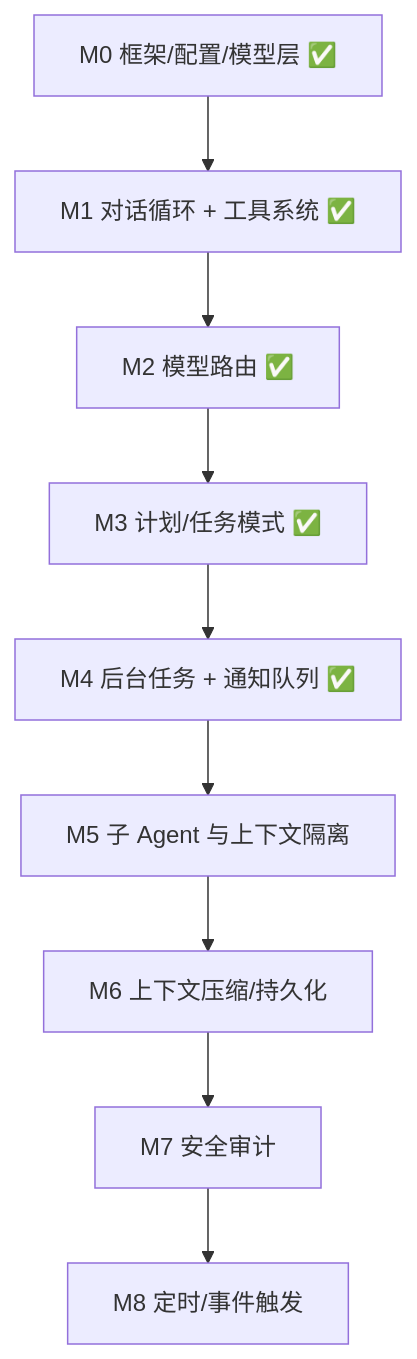
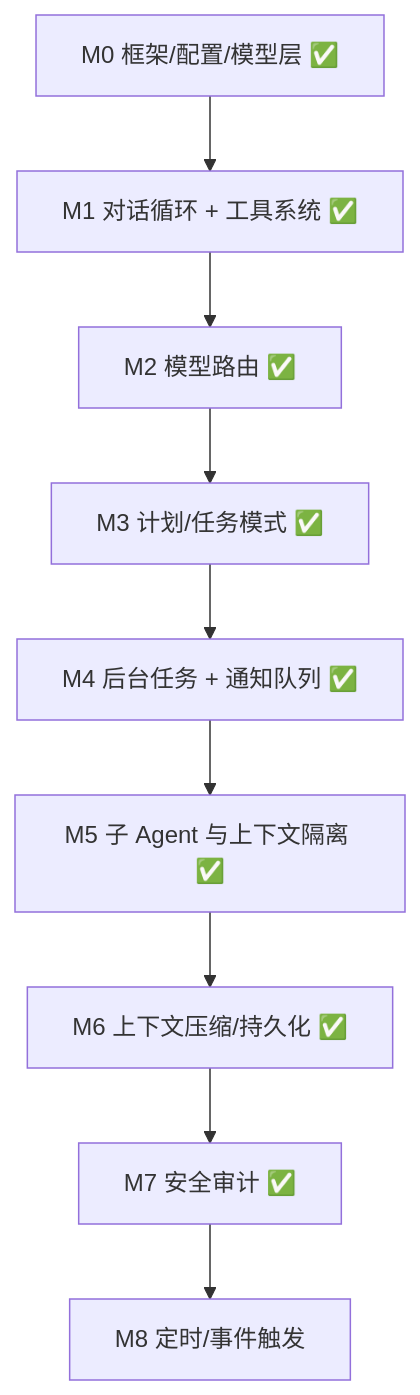
Before and after one commit to Atikou/AgentRelay: the fourth of 4 diagrams in docs/项目整体架构.md, drawn with Mermaid. The commit also changed other lines of this file and 84 other files, not shown here.

````diff
--- a/docs/项目整体架构.md
+++ b/docs/项目整体架构.md
@@ -184,11 +238,11 @@
 ```mermaid
 flowchart TD
     M0["M0 框架/配置/模型层 ✅"] --> M1["M1 对话循环 + 工具系统 ✅"]
     M1 --> M2["M2 模型路由 ✅"]
     M2 --> M3["M3 计划/任务模式 ✅"]
     M3 --> M4["M4 后台任务 + 通知队列 ✅"]
-    M4 --> M5["M5 子 Agent 与上下文隔离"]
-    M5 --> M6["M6 上下文压缩/持久化"]
-    M6 --> M7["M7 安全审计"]
+    M4 --> M5["M5 子 Agent 与上下文隔离 ✅"]
+    M5 --> M6["M6 上下文压缩/持久化 ✅"]
+    M6 --> M7["M7 安全审计 ✅"]
     M7 --> M8["M8 定时/事件触发"]
 ```
````
